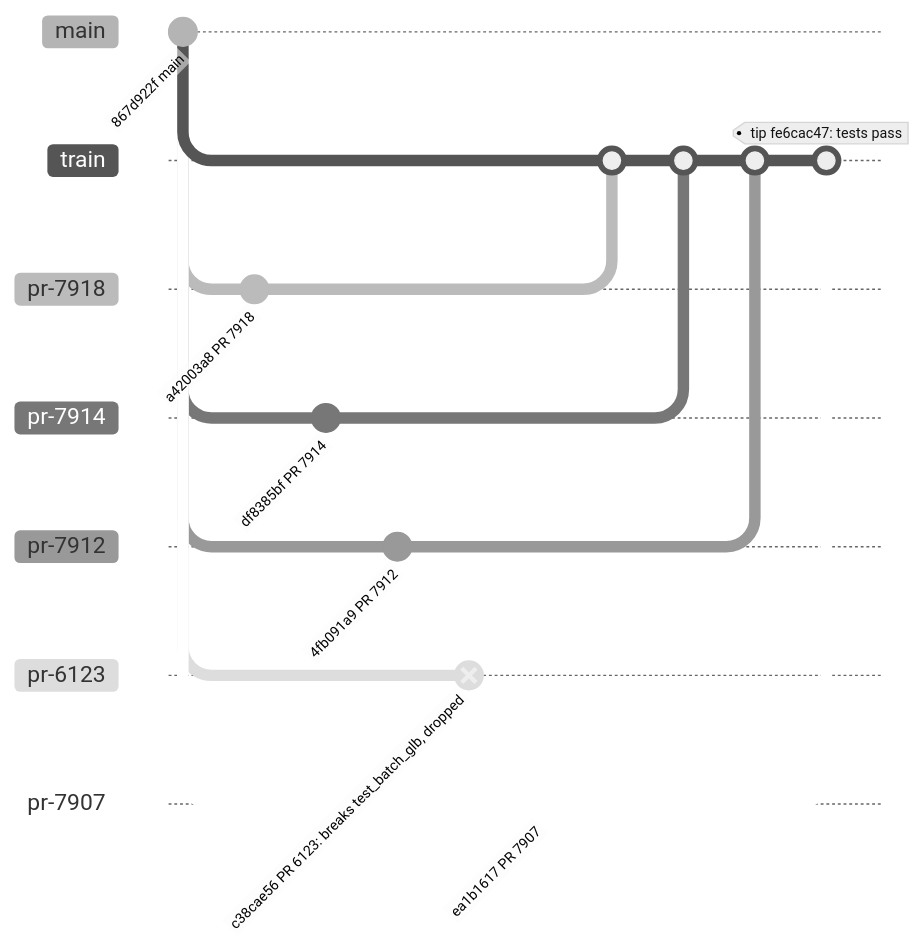
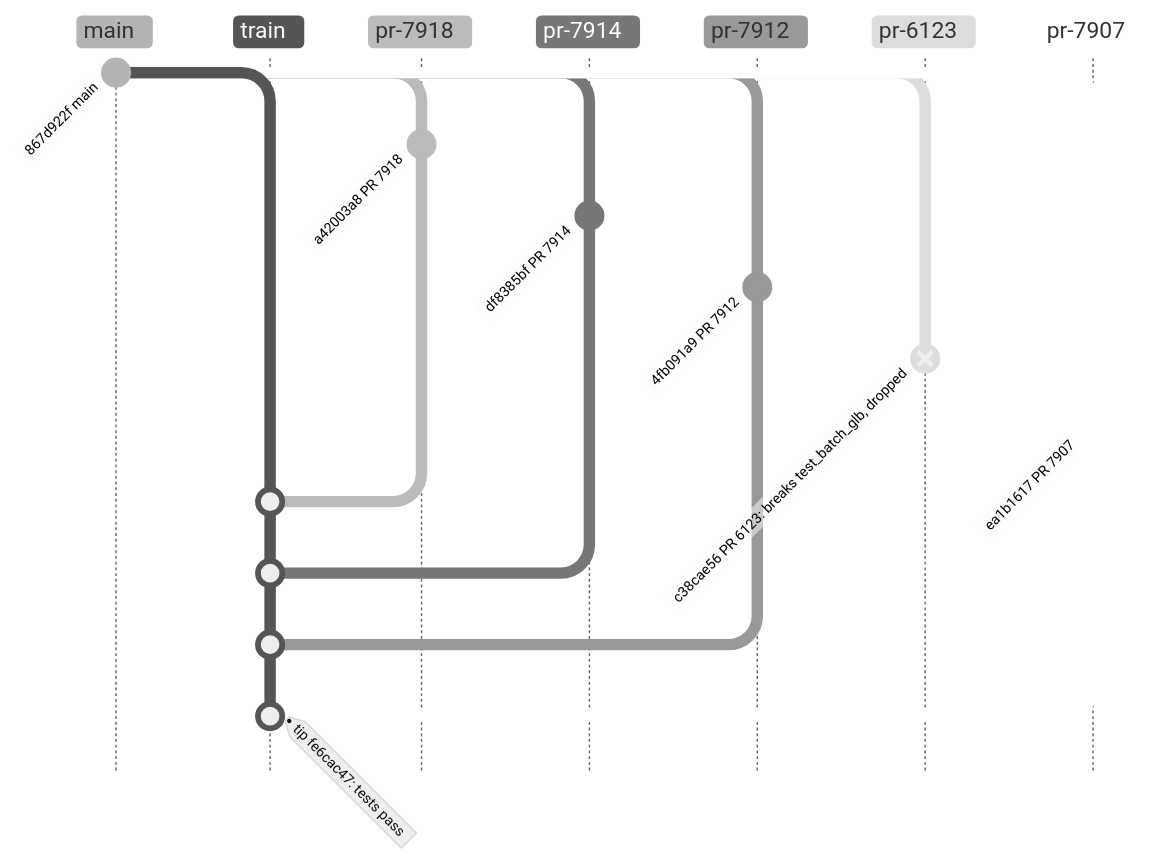
One commit to maciejszulia/pr-sandbox changed the second of 3 diagrams in README.md. Above: the diagram before and after it, drawn with Mermaid (neutral theme). The commit also changed other lines of this file, not shown here.

Commit message:
README: vertical git graphs, so the commit labels stay horizontal

````diff
--- a/README.md
+++ b/README.md
@@ -106,25 +106,25 @@
 ```mermaid
-gitGraph
+gitGraph TB:
   commit id: "867d922f main"
   branch train
   checkout main
   branch pr-7918
   commit id: "a42003a8 PR 7918"
   checkout main
   branch pr-7914
   commit id: "df8385bf PR 7914"
   checkout main
   branch pr-7912
   commit id: "4fb091a9 PR 7912"
   checkout main
   branch pr-6123
   commit id: "c38cae56 PR 6123: breaks test_batch_glb, dropped" type: REVERSE
   checkout main
   branch pr-7907
   commit id: "ea1b1617 PR 7907"
   checkout train
   merge pr-7918
   merge pr-7914
   merge pr-7912
   merge pr-7907 tag: "tip fe6cac47: tests pass"
 ```
````
